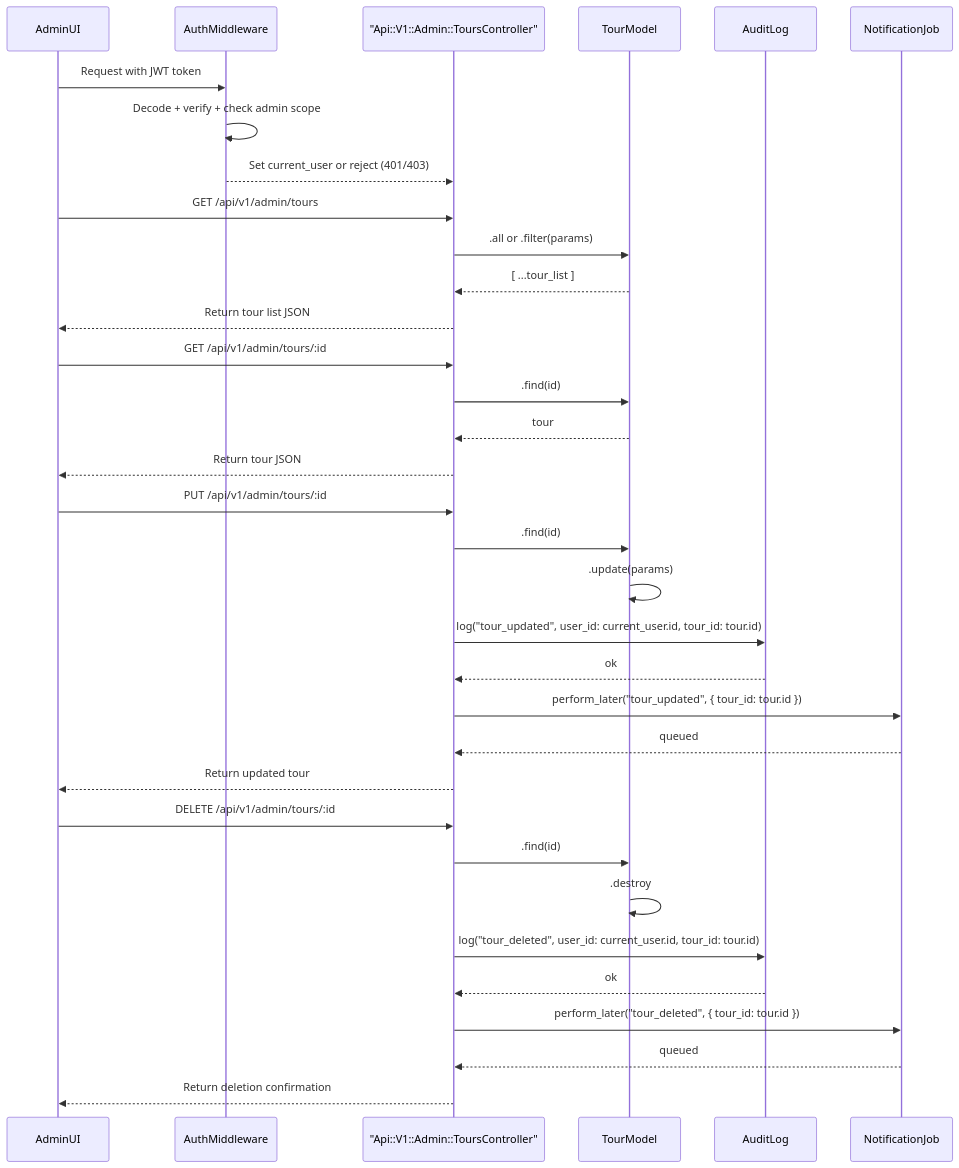
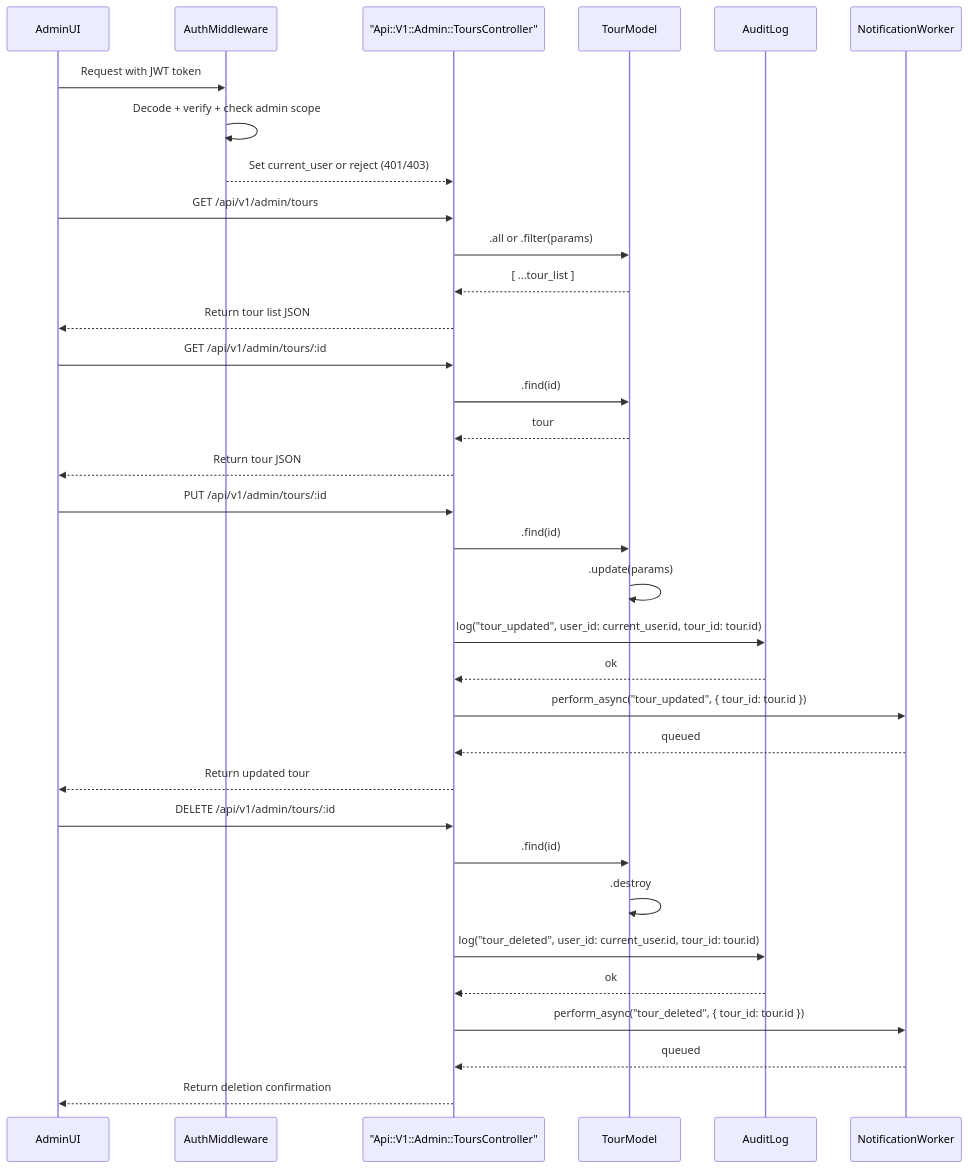
The diagram in diagrams/admins/tour.mermaid (Video-API-architecture/architecture-proposal), drawn with Mermaid before and after one commit. The commit also changed 15 other files, not shown here.

```diff
--- a/diagrams/admins/tour.mermaid
+++ b/diagrams/admins/tour.mermaid
@@ -1,44 +1,44 @@
 sequenceDiagram
     participant AdminUI
     participant Auth as AuthMiddleware
     participant ATC as "Api::V1::Admin::ToursController"
     participant Tour as TourModel
     participant AuditLog
-    participant NotificationJob
+    participant NotificationWorker
 
     %% Auth check (admin only)
     AdminUI->>Auth: Request with JWT token
     Auth->>Auth: Decode + verify + check admin scope
     Auth-->>ATC: Set current_user or reject (401/403)
 
     %% List all tours
     AdminUI->>ATC: GET /api/v1/admin/tours
     ATC->>Tour: .all or .filter(params)
     Tour-->>ATC: [ ...tour_list ]
     ATC-->>AdminUI: Return tour list JSON
 
     %% Get tour details
     AdminUI->>ATC: GET /api/v1/admin/tours/:id
     ATC->>Tour: .find(id)
     Tour-->>ATC: tour
     ATC-->>AdminUI: Return tour JSON
 
     %% Update tour
     AdminUI->>ATC: PUT /api/v1/admin/tours/:id
     ATC->>Tour: .find(id)
     Tour->>Tour: .update(params)
     ATC->>AuditLog: log("tour_updated", user_id: current_user.id, tour_id: tour.id)
     AuditLog-->>ATC: ok
-    ATC->>NotificationJob: perform_later("tour_updated", { tour_id: tour.id })
-    NotificationJob-->>ATC: queued
+    ATC->>NotificationWorker: perform_async("tour_updated", { tour_id: tour.id })
+    NotificationWorker-->>ATC: queued
     ATC-->>AdminUI: Return updated tour
 
     %% Delete tour
     AdminUI->>ATC: DELETE /api/v1/admin/tours/:id
     ATC->>Tour: .find(id)
     Tour->>Tour: .destroy
     ATC->>AuditLog: log("tour_deleted", user_id: current_user.id, tour_id: tour.id)
     AuditLog-->>ATC: ok
-    ATC->>NotificationJob: perform_later("tour_deleted", { tour_id: tour.id })
-    NotificationJob-->>ATC: queued
+    ATC->>NotificationWorker: perform_async("tour_deleted", { tour_id: tour.id })
+    NotificationWorker-->>ATC: queued
     ATC-->>AdminUI: Return deletion confirmation
```
